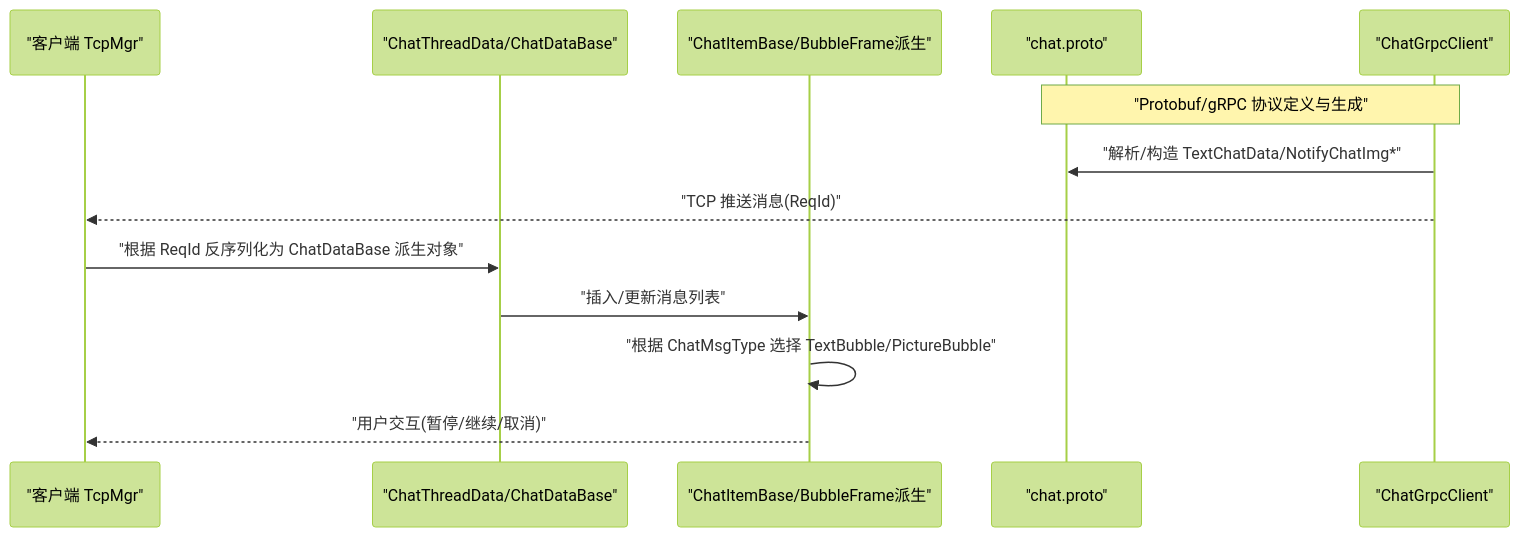
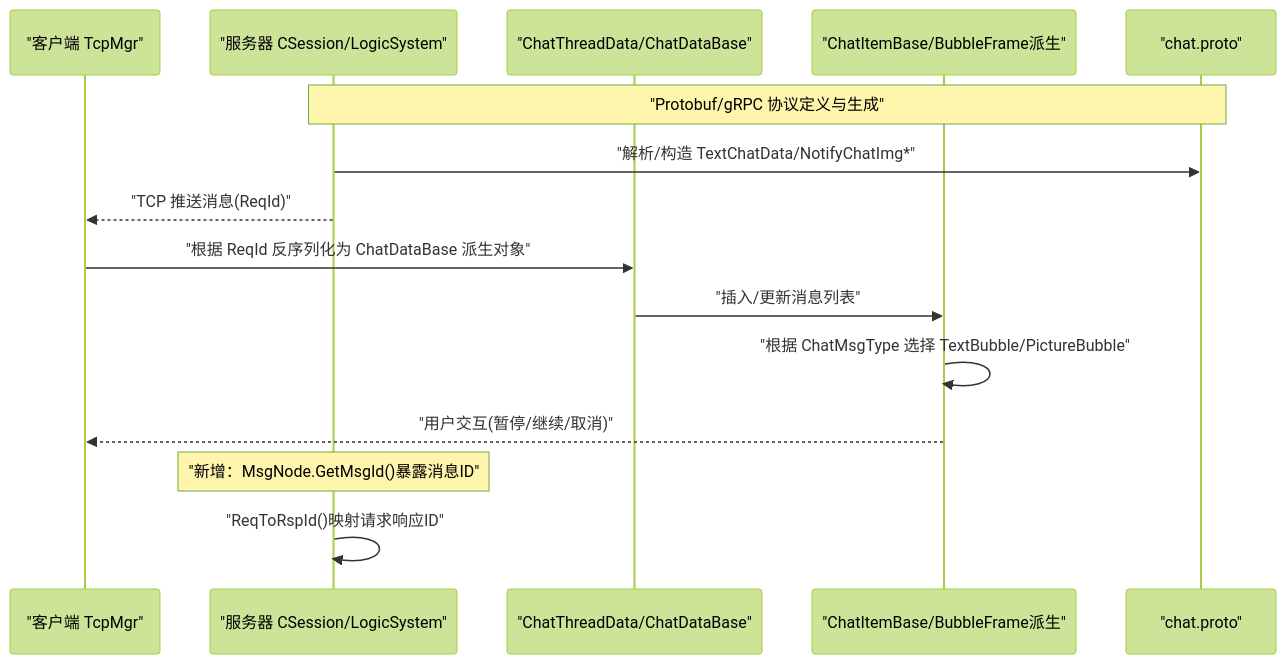
One commit to echo9923/mychatter changed the second of 9 diagrams in .qoder/repowiki/zh/content/核心功能模块/聊天消息系统/消息类型系统.md. Above: the diagram before and after it, drawn with Mermaid (forest theme). The commit also changed other lines of this file and 54 other files, not shown here.

````diff
--- a/.qoder/repowiki/zh/content/核心功能模块/聊天消息系统/消息类型系统.md
+++ b/.qoder/repowiki/zh/content/核心功能模块/聊天消息系统/消息类型系统.md
@@ -110,15 +121,17 @@
 ```mermaid
 sequenceDiagram
 participant Client as "客户端 TcpMgr"
+participant Server as "服务器 CSession/LogicSystem"
 participant Model as "ChatThreadData/ChatDataBase"
 participant UI as "ChatItemBase/BubbleFrame派生"
 participant Proto as "chat.proto"
-participant Server as "ChatGrpcClient"
 Note over Proto,Server : "Protobuf/gRPC 协议定义与生成"
 Server->>Proto : "解析/构造 TextChatData/NotifyChatImg*"
 Server-->>Client : "TCP 推送消息(ReqId)"
 Client->>Model : "根据 ReqId 反序列化为 ChatDataBase 派生对象"
 Model->>UI : "插入/更新消息列表"
 UI->>UI : "根据 ChatMsgType 选择 TextBubble/PictureBubble"
 UI-->>Client : "用户交互(暂停/继续/取消)"
+Note over Server : "新增：MsgNode.GetMsgId()暴露消息ID"
+Server->>Server : "ReqToRspId()映射请求响应ID"
 ```
````
